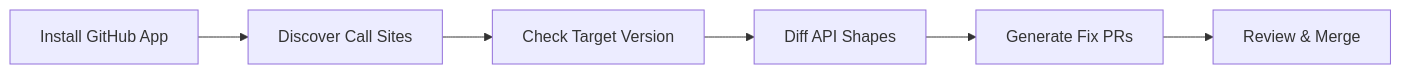
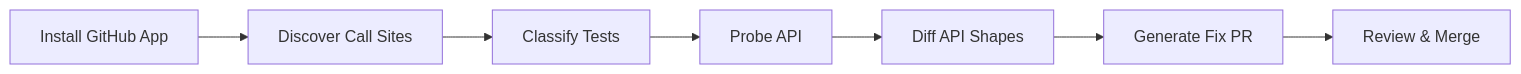
Before and after one commit to NalinDalal/DriftLock: the second of 2 diagrams in README.md, drawn with Mermaid. The commit also changed other lines of this file and 2 other files, not shown here.

````diff
--- a/README.md
+++ b/README.md
@@ -37,8 +49,9 @@
 ```mermaid
 flowchart LR
     A[Install GitHub App] --> B[Discover Call Sites]
-    B --> C[Check Target Version]
-    C --> D[Diff API Shapes]
-    D --> E[Generate Fix PRs]
-    E --> F[Review & Merge]
+    B --> C[Classify Tests]
+    C --> D[Probe API]
+    D --> E[Diff API Shapes]
+    E --> F[Generate Fix PR]
+    F --> G[Review & Merge]
 ```
````
